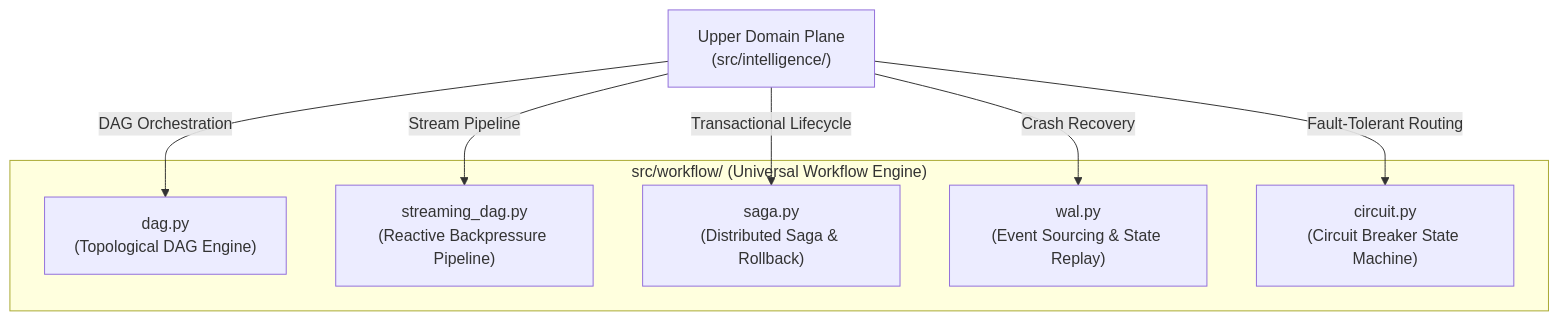
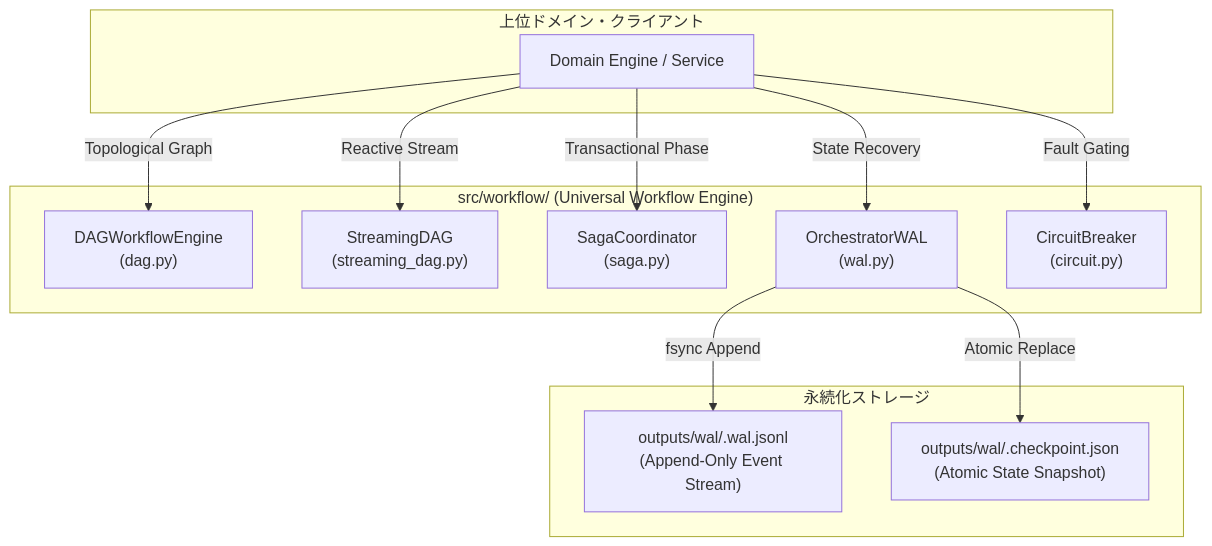
The first of 3 diagrams in docs/designs/DSN-11-universal_workflow_engine.md (rokujyouhitoma/arxiv-security-papers), drawn with Mermaid before and after one commit. The commit also changed other lines of this file and 2 other files, not shown here.

Commit message:
docs(design): consolidate DSN-04-01 into DSN-04 search engine architecture

````diff
--- a/docs/designs/DSN-11-universal_workflow_engine.md
+++ b/docs/designs/DSN-11-universal_workflow_engine.md
@@ -54,16 +85,28 @@
 ```mermaid
-graph TD
-    subgraph "src/workflow/ (Universal Workflow Engine)"
-        DAG["dag.py<br/>(Topological DAG Engine)"]
-        StreamDAG["streaming_dag.py<br/>(Reactive Backpressure Pipeline)"]
-        Saga["saga.py<br/>(Distributed Saga & Rollback)"]
-        WAL["wal.py<br/>(Event Sourcing & State Replay)"]
-        Circuit["circuit.py<br/>(Circuit Breaker State Machine)"]
+flowchart TD
+    subgraph EngineClient ["上位ドメイン・クライアント"]
+        Client["Domain Engine / Service"]
     end
 
-    Client["Upper Domain Plane<br/>(src/intelligence/)"] -->|"DAG Orchestration"| DAG
-    Client -->|"Stream Pipeline"| StreamDAG
-    Client -->|"Transactional Lifecycle"| Saga
-    Client -->|"Crash Recovery"| WAL
-    Client -->|"Fault-Tolerant Routing"| Circuit
+    subgraph WorkflowRuntime ["src/workflow/ (Universal Workflow Engine)"]
+        DAG["DAGWorkflowEngine<br/>(dag.py)"]
+        StreamDAG["StreamingDAG<br/>(streaming_dag.py)"]
+        Saga["SagaCoordinator<br/>(saga.py)"]
+        WAL["OrchestratorWAL<br/>(wal.py)"]
+        Circuit["CircuitBreaker<br/>(circuit.py)"]
+    end
+
+    subgraph Storage ["永続化ストレージ"]
+        WALFile["outputs/wal/<cycle_id>.wal.jsonl<br/>(Append-Only Event Stream)"]
+        CPFile["outputs/wal/<cycle_id>.checkpoint.json<br/>(Atomic State Snapshot)"]
+    end
+
+    Client -->|"Topological Graph"| DAG
+    Client -->|"Reactive Stream"| StreamDAG
+    Client -->|"Transactional Phase"| Saga
+    Client -->|"State Recovery"| WAL
+    Client -->|"Fault Gating"| Circuit
+
+    WAL -->|"fsync Append"| WALFile
+    WAL -->|"Atomic Replace"| CPFile
 ```
````
